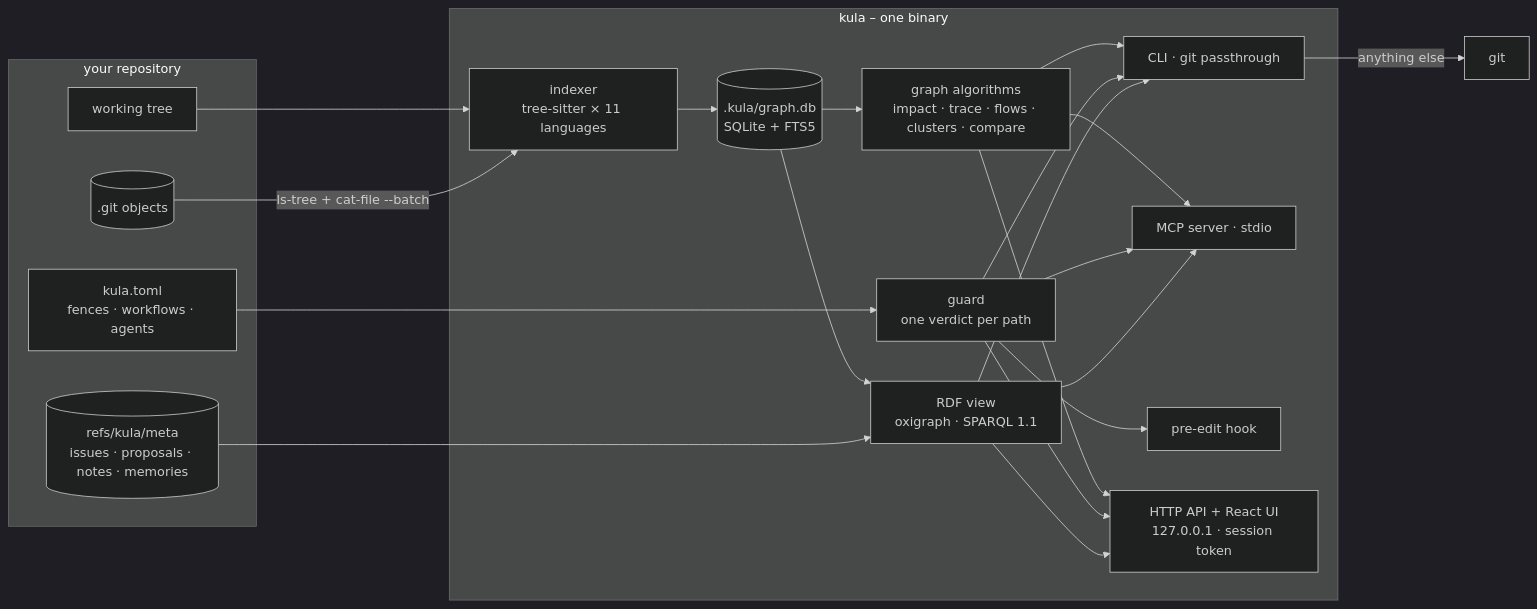
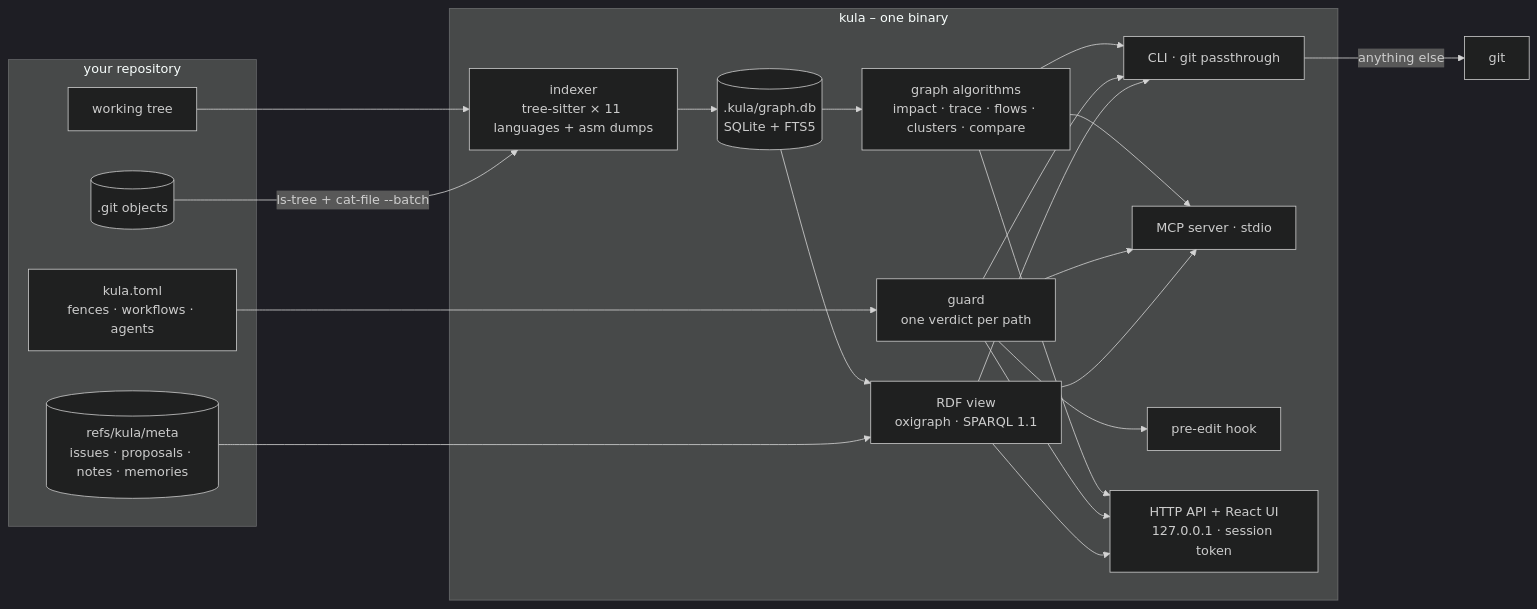
One commit to A12N4V/kula changed the first of 2 diagrams in docs/ARCHITECTURE.md. Above: the diagram before and after it, drawn with Mermaid (dark theme). The commit also changed other lines of this file and 9 other files, not shown here.

````diff
--- a/docs/ARCHITECTURE.md
+++ b/docs/ARCHITECTURE.md
@@ -5,30 +5,30 @@
 ```mermaid
 flowchart LR
     subgraph repo[your repository]
         WT[working tree]
         GIT[(.git objects)]
         META[(refs/kula/meta<br/>issues · proposals · notes · memories)]
         TOML[kula.toml<br/>fences · workflows · agents]
     end
     subgraph kula[kula – one binary]
-        IDX[indexer<br/>tree-sitter × 11 languages]
+        IDX[indexer<br/>tree-sitter × 11 languages + asm dumps]
         DB[(.kula/graph.db<br/>SQLite + FTS5)]
         G[graph algorithms<br/>impact · trace · flows · clusters · compare]
         GU[guard<br/>one verdict per path]
         KG[RDF view<br/>oxigraph · SPARQL 1.1]
         CLI[CLI · git passthrough]
         MCP[MCP server · stdio]
         HOOK[pre-edit hook]
         WEB[HTTP API + React UI<br/>127.0.0.1 · session token]
     end
     WT --> IDX
     GIT -->|ls-tree + cat-file --batch| IDX
     IDX --> DB --> G
     DB --> KG
     META --> KG
     TOML --> GU
     G --> CLI & MCP & WEB
     GU --> MCP & HOOK & WEB & CLI
     KG --> MCP & WEB & CLI
     CLI -->|anything else| GITBIN[git]
 ```
````
